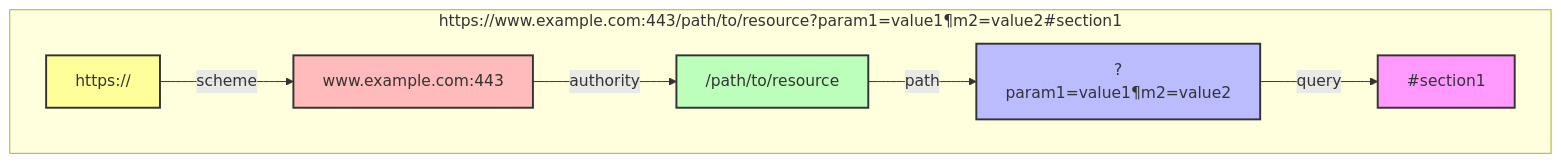
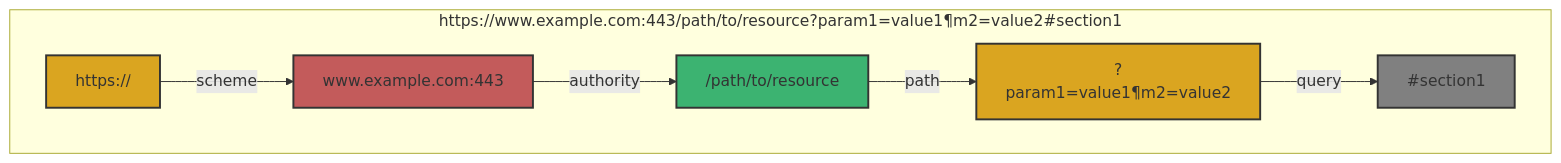
One commit to KalGookSoo/network-basic changed the fourth of 4 diagrams in chapters/05-1_dns_and_resources.md. Above: the diagram before and after it, drawn with Mermaid. The commit also changed 3 other files, not shown here.

Commit message:
docs: 표 시각 개선 - 다이어그램 색상 일관성 및 가독성 향상

````diff
--- a/chapters/05-1_dns_and_resources.md
+++ b/chapters/05-1_dns_and_resources.md
@@ -142,14 +142,14 @@
 ```mermaid
 flowchart TD
     subgraph URL["https://www.example.com:443/path/to/resource?param1=value1&param2=value2#section1"]
         A["https://"] -->|scheme| B["www.example.com:443"]
         B -->|authority| C["/path/to/resource"]
         C -->|path| D["?param1=value1&param2=value2"]
         D -->|query| E["#section1"]
     end
-    style E fill:#f9f,stroke:#333,stroke-width:2px
-    style D fill:#bbf,stroke:#333,stroke-width:2px
-    style C fill:#bfb,stroke:#333,stroke-width:2px
-    style B fill:#fbb,stroke:#333,stroke-width:2px
-    style A fill:#ff9,stroke:#333,stroke-width:2px
+    style E fill:#808080,stroke:#333,stroke-width:2px
+    style D fill:#daa520,stroke:#333,stroke-width:2px
+    style C fill:#3cb371,stroke:#333,stroke-width:2px
+    style B fill:#c35b5b,stroke:#333,stroke-width:2px
+    style A fill:#daa520,stroke:#333,stroke-width:2px
 ```
````
